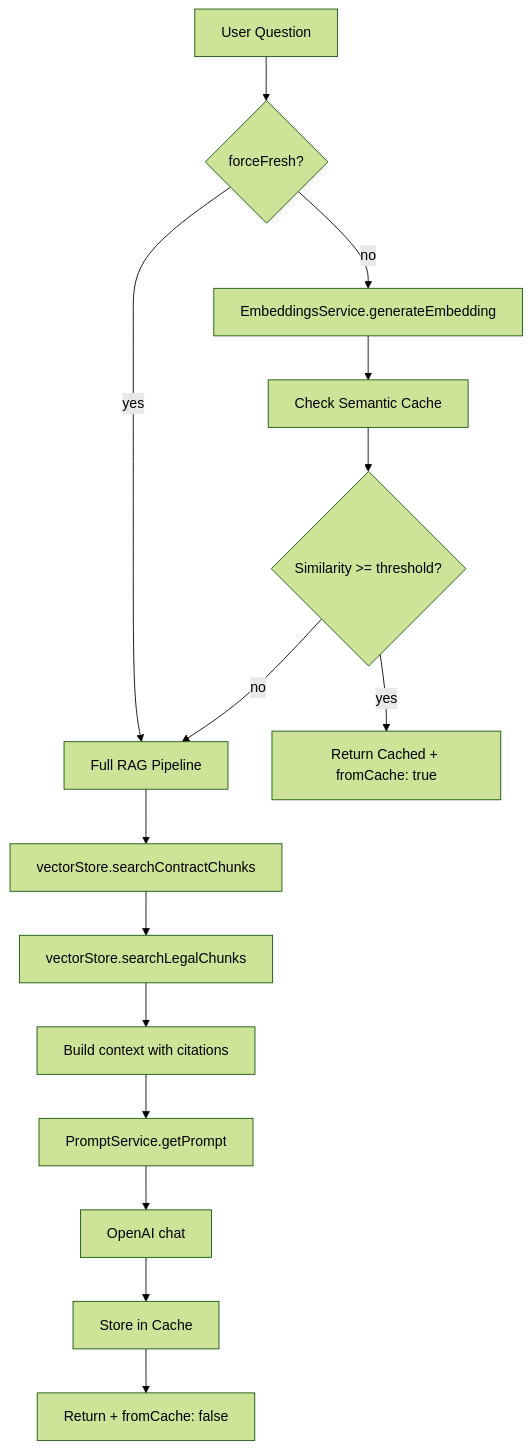
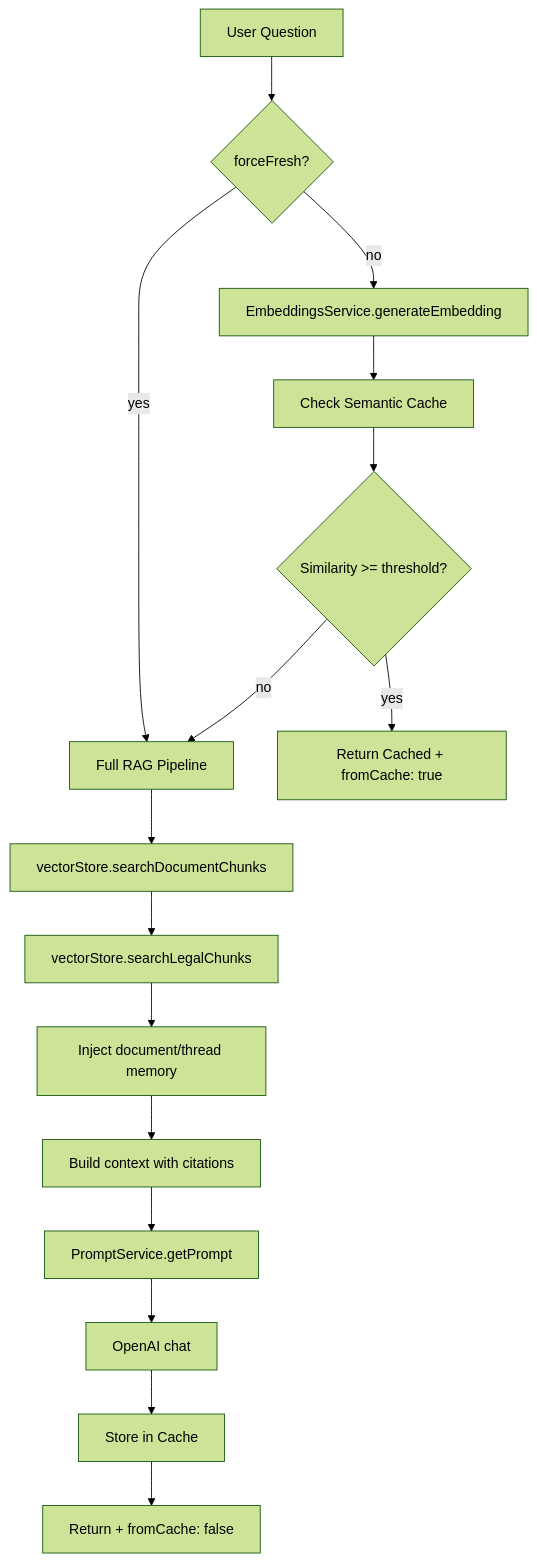
The second of 2 diagrams in docs/architecture/rag-pipeline.md (Yuri-Lima/contractor-reviewer), drawn with Mermaid (forest theme) before and after one commit. The commit also changed other lines of this file and 10 other files, not shown here.

First line of the commit message:
docs: update architecture and user guides

````diff
--- a/docs/architecture/rag-pipeline.md
+++ b/docs/architecture/rag-pipeline.md
@@ -39,17 +44,18 @@
 ```mermaid
 flowchart TD
     Question[User Question] --> ForceFresh{forceFresh?}
     ForceFresh -->|yes| FullRAG[Full RAG Pipeline]
     ForceFresh -->|no| Embed[EmbeddingsService.generateEmbedding]
     Embed --> CheckCache[Check Semantic Cache]
     CheckCache --> Similarity{Similarity >= threshold?}
     Similarity -->|yes| ReturnCached[Return Cached + fromCache: true]
     Similarity -->|no| FullRAG
-    FullRAG --> SearchContract[vectorStore.searchContractChunks]
-    SearchContract --> SearchLegal[vectorStore.searchLegalChunks]
-    SearchLegal --> BuildContext[Build context with citations]
+    FullRAG --> SearchDocument[vectorStore.searchDocumentChunks]
+    SearchDocument --> SearchLegal[vectorStore.searchLegalChunks]
+    SearchLegal --> InjectMemory[Inject document/thread memory]
+    InjectMemory --> BuildContext[Build context with citations]
     BuildContext --> PromptService[PromptService.getPrompt]
     PromptService --> OpenAI[OpenAI chat]
     OpenAI --> StoreCache[Store in Cache]
     StoreCache --> ReturnFresh[Return + fromCache: false]
 ```
````
